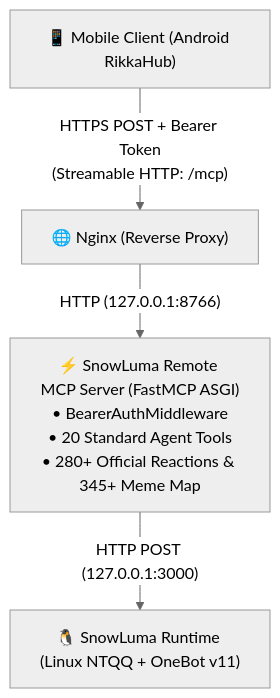
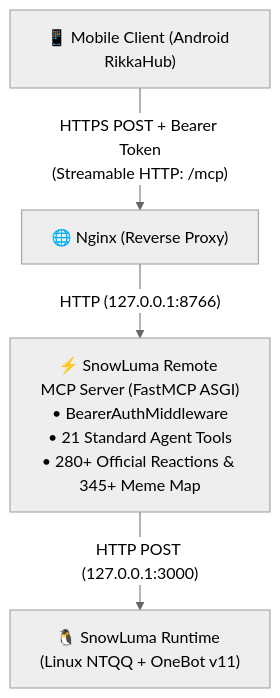
Before and after one commit to MorphieEndless/snowluma-remote-mcp: the diagram in README.md, drawn with Mermaid (neutral theme). The commit also changed other lines of this file, not shown here.

````diff
--- a/README.md
+++ b/README.md
@@ -50,6 +50,6 @@
 ```mermaid
 flowchart TD
     Client["📱 Mobile Client (Android RikkaHub)"] -->|"HTTPS POST + Bearer Token<br/>(Streamable HTTP: /mcp)"| Nginx["🌐 Nginx (Reverse Proxy)"]
-    Nginx -->|"HTTP (127.0.0.1:8766)"| MCP["⚡ SnowLuma Remote MCP Server (FastMCP ASGI)<br/>• BearerAuthMiddleware<br/>• 20 Standard Agent Tools<br/>• 280+ Official Reactions & 345+ Meme Map"]
+    Nginx -->|"HTTP (127.0.0.1:8766)"| MCP["⚡ SnowLuma Remote MCP Server (FastMCP ASGI)<br/>• BearerAuthMiddleware<br/>• 21 Standard Agent Tools<br/>• 280+ Official Reactions & 345+ Meme Map"]
     MCP -->|"HTTP POST (127.0.0.1:3000)"| SnowLuma["🐧 SnowLuma Runtime (Linux NTQQ + OneBot v11)"]
 ```
````
